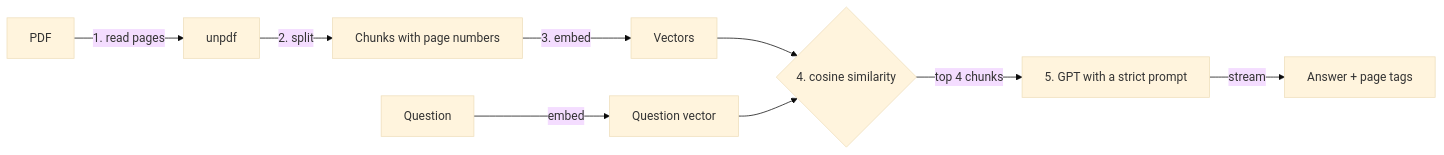
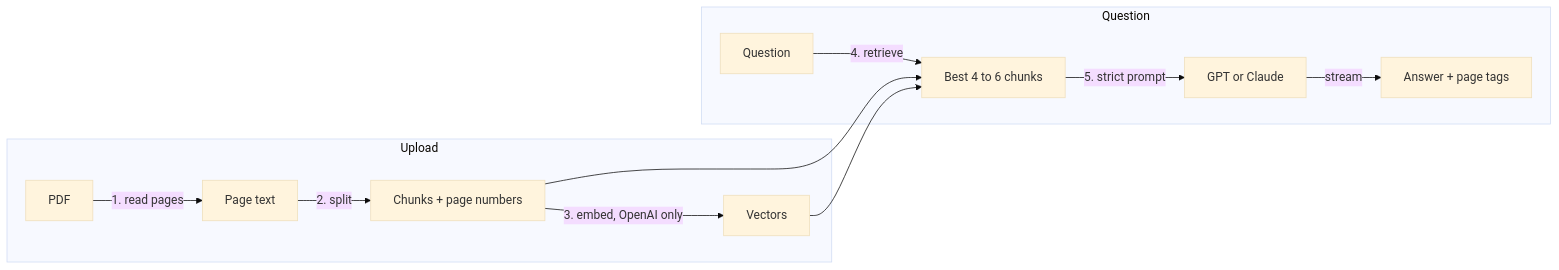
The diagram in README.md (osamaayub/pdf-chat-ai), drawn with Mermaid (base theme) before and after one commit. The commit also changed other lines of this file and 1 other file, not shown here.

Commit message:
README: architecture, providers, security, deploy guide

````diff
--- a/README.md
+++ b/README.md
@@ -22,11 +38,15 @@
 ```mermaid
 flowchart LR
-  A[PDF] -->|1. read pages| B[unpdf]
-  B -->|2. split| C[Chunks with page numbers]
-  C -->|3. embed| D[Vectors]
-  Q[Question] -->|embed| E[Question vector]
-  D --> F{4. cosine similarity}
-  E --> F
-  F -->|top 4 chunks| G[5. GPT with a strict prompt]
-  G -->|stream| H[Answer + page tags]
+  subgraph Upload
+    A[PDF] -->|1. read pages| B[Page text]
+    B -->|2. split| C[Chunks + page numbers]
+    C -->|3. embed, OpenAI only| D[Vectors]
+  end
+  subgraph Question
+    Q[Question] -->|4. retrieve| R[Best 4 to 6 chunks]
+    R -->|5. strict prompt| M[GPT or Claude]
+    M -->|stream| S[Answer + page tags]
+  end
+  C --> R
+  D --> R
 ```
````
